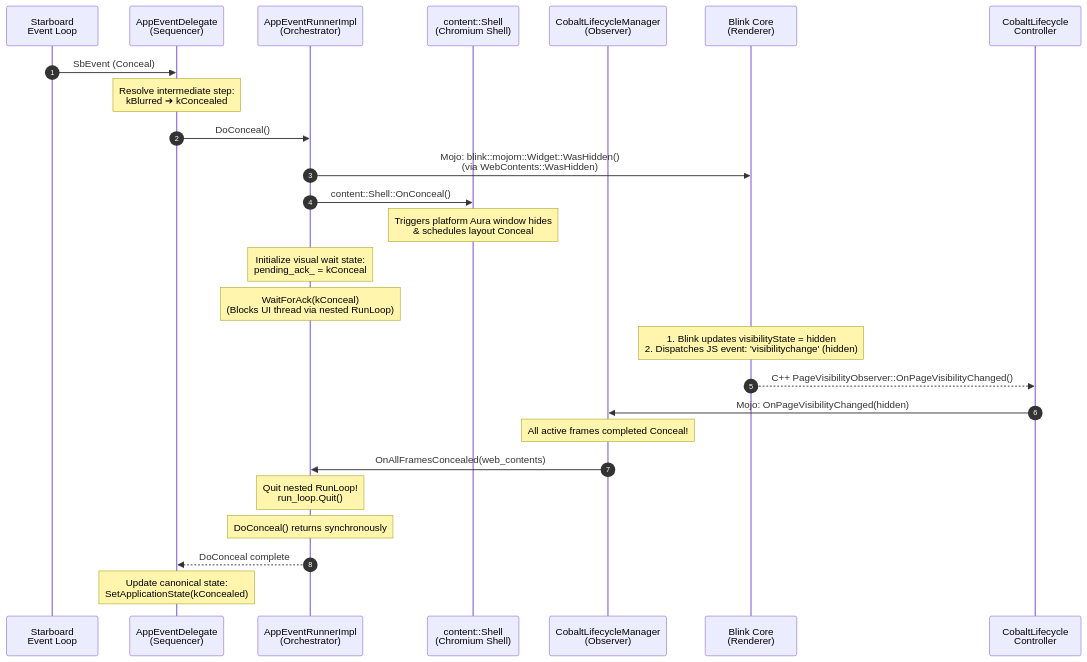
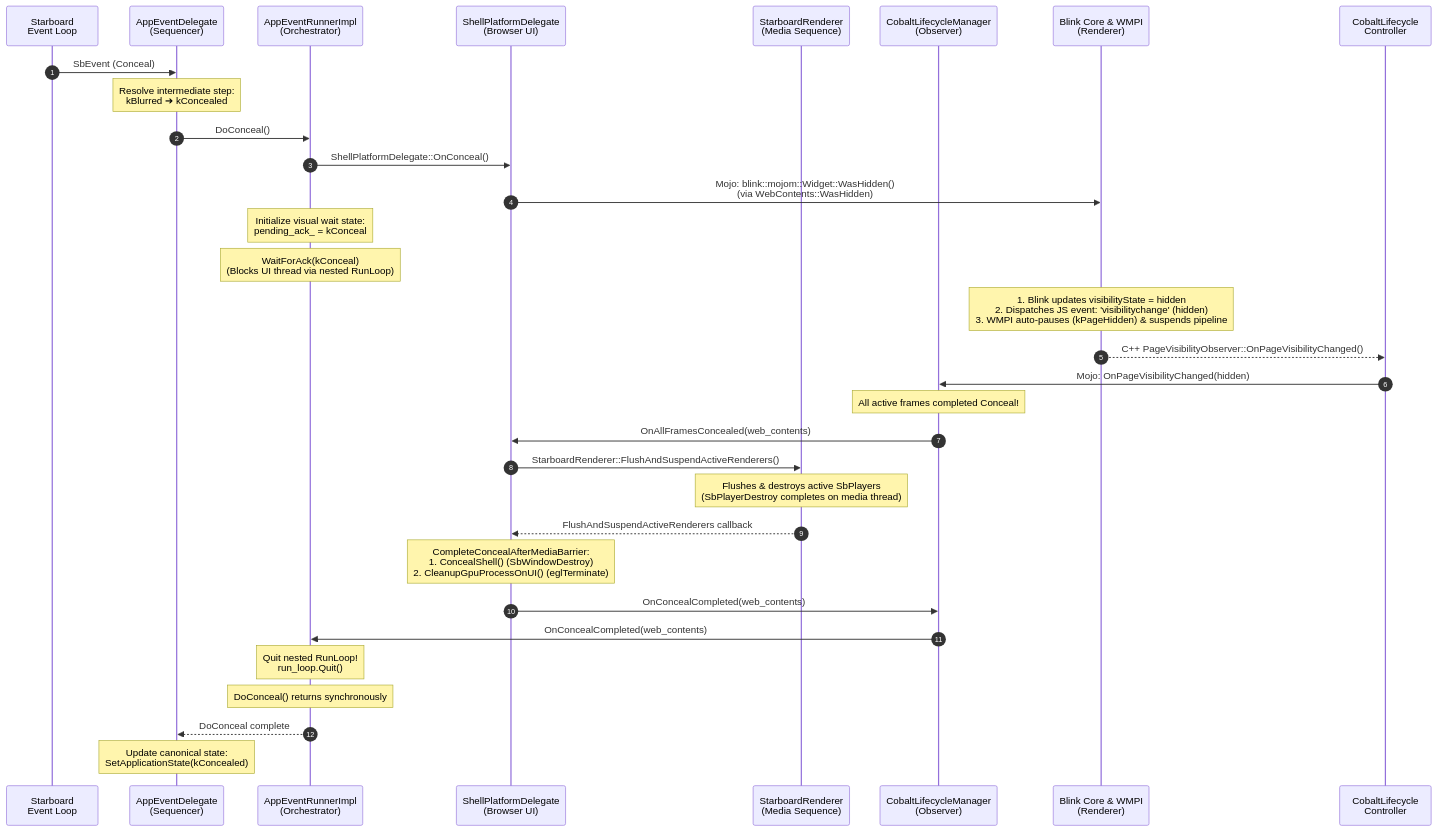
The third of 14 diagrams in cobalt/doc/lifecycle_internals.md (youtube/cobalt), drawn with Mermaid before and after one commit. The commit also changed other lines of this file and 10 other files, not shown here.

First line of the commit message:
cobalt: Ensure SbPlayer destruction on conceal (#13098)

````diff
--- a/cobalt/doc/lifecycle_internals.md
+++ b/cobalt/doc/lifecycle_internals.md
@@ -153,30 +153,36 @@
 ```mermaid
 sequenceDiagram
   autonumber
   participant OS as Starboard <br/> Event Loop
   participant Delegate as AppEventDelegate <br/> (Sequencer)
   participant Runner as AppEventRunnerImpl <br/> (Orchestrator)
-  participant Shell as content::Shell <br/> (Chromium Shell)
+  participant Shell as ShellPlatformDelegate <br/> (Browser UI)
+  participant Media as StarboardRenderer <br/> (Media Sequence)
   participant Manager as CobaltLifecycleManager <br/> (Observer)
-  participant Blink as Blink Core <br/> (Renderer)
+  participant Blink as Blink Core & WMPI <br/> (Renderer)
   participant Controller as CobaltLifecycle <br/> Controller
 
   OS->>Delegate: SbEvent (Conceal)
   Note over Delegate: Resolve intermediate step:<br/>kBlurred ➔ kConcealed
   Delegate->>Runner: DoConceal()
-  Runner->>Blink: Mojo: blink::mojom::Widget::WasHidden() <br/> (via WebContents::WasHidden)
-  Runner->>Shell: content::Shell::OnConceal()
-  Note over Shell: Triggers platform Aura window hides<br/>& schedules layout Conceal
+  Runner->>Shell: ShellPlatformDelegate::OnConceal()
+  Shell->>Blink: Mojo: blink::mojom::Widget::WasHidden() <br/> (via WebContents::WasHidden)
   Note over Runner: Initialize visual wait state:<br/>pending_ack_ = kConceal
   Note over Runner: WaitForAck(kConceal)<br/>(Blocks UI thread via nested RunLoop)
 
-  Note over Blink: 1. Blink updates visibilityState = hidden<br/>2. Dispatches JS event: 'visibilitychange' (hidden)
+  Note over Blink: 1. Blink updates visibilityState = hidden<br/>2. Dispatches JS event: 'visibilitychange' (hidden)<br/>3. WMPI auto-pauses (kPageHidden) & suspends pipeline
   Blink-->>Controller: C++ PageVisibilityObserver::OnPageVisibilityChanged()
   Controller->>Manager: Mojo: OnPageVisibilityChanged(hidden)
   Note over Manager: All active frames completed Conceal!
-  Manager->>Runner: OnAllFramesConcealed(web_contents)
+  Manager->>Shell: OnAllFramesConcealed(web_contents)
+  Shell->>Media: StarboardRenderer::FlushAndSuspendActiveRenderers()
+  Note over Media: Flushes & destroys active SbPlayers<br/>(SbPlayerDestroy completes on media thread)
+  Media-->>Shell: FlushAndSuspendActiveRenderers callback
+  Note over Shell: CompleteConcealAfterMediaBarrier:<br/>1. ConcealShell() (SbWindowDestroy)<br/>2. CleanupGpuProcessOnUI() (eglTerminate)
+  Shell->>Manager: OnConcealCompleted(web_contents)
+  Manager->>Runner: OnConcealCompleted(web_contents)
   Note over Runner: Quit nested RunLoop!<br/>run_loop.Quit()
   Note over Runner: DoConceal() returns synchronously
   Runner-->>Delegate: DoConceal complete
   Note over Delegate: Update canonical state:<br/>SetApplicationState(kConcealed)
 ```
````
